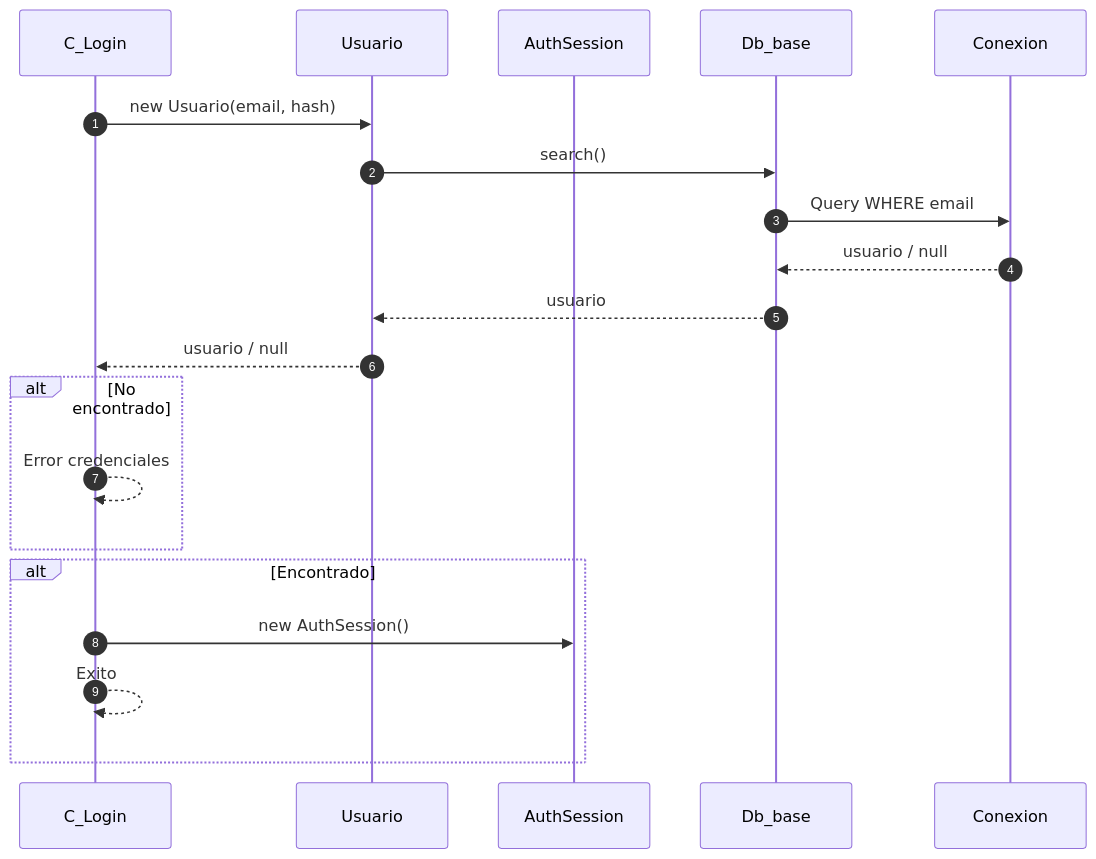
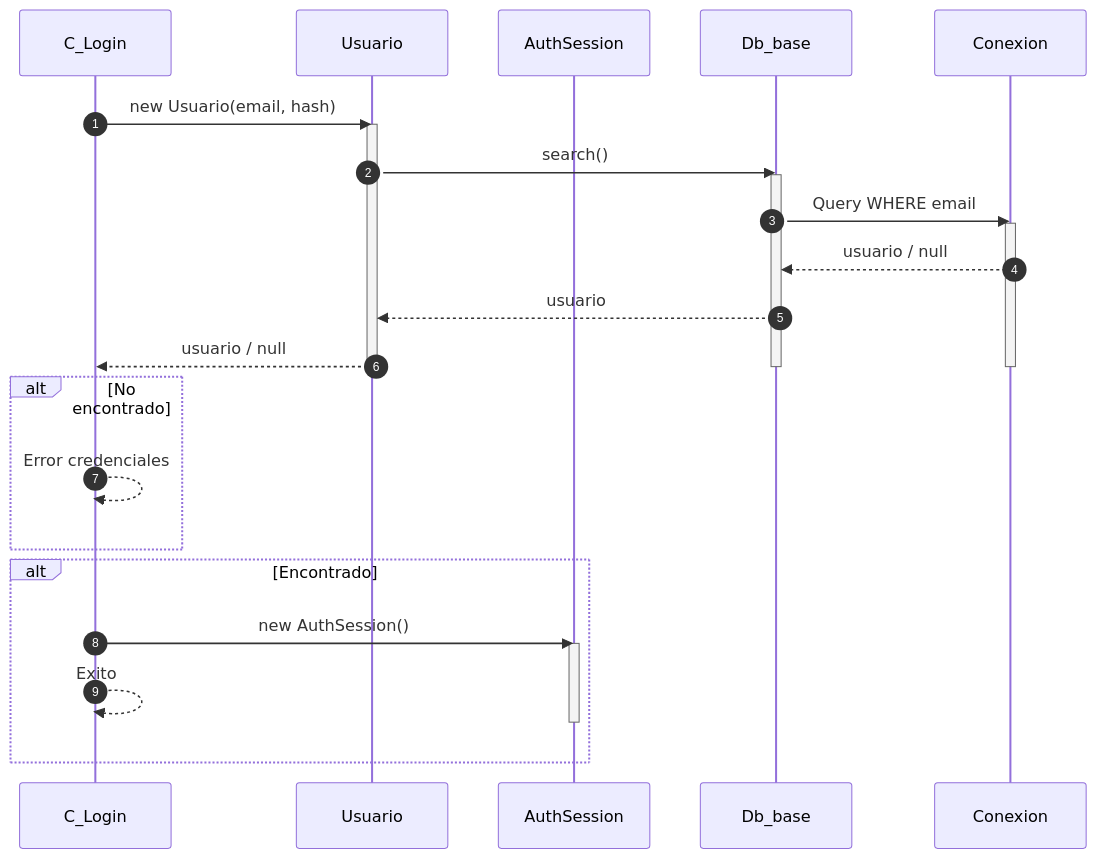
Before and after one commit to Tecrato/BurgerHouse: the fifth of 6 diagrams in docs/secuencia/usuarios/usuarios.md, drawn with Mermaid. The commit also changed other lines of this file and 16 other files, not shown here.

First line of the commit message:
Annotate mermaid sequences & throttle generator

````diff
--- a/docs/secuencia/usuarios/usuarios.md
+++ b/docs/secuencia/usuarios/usuarios.md
@@ -189,25 +280,33 @@
 ```mermaid
 sequenceDiagram
     autonumber
     participant C_Login as C_Login
     participant Usuario as Usuario
     participant AuthSession as AuthSession
     participant Db_base as Db_base
     participant Conexion as Conexion
     
     C_Login->>Usuario: new Usuario(email, hash)
+    activate Usuario
     Usuario->>Db_base: search()
+    activate Db_base
     Db_base->>Conexion: Query WHERE email
+    activate Conexion
     Conexion-->>Db_base: usuario / null
     Db_base-->>Usuario: usuario
     Usuario-->>C_Login: usuario / null
+    deactivate Usuario
+    deactivate Conexion
+    deactivate Db_base
     
     alt No encontrado
         C_Login-->>C_Login: Error credenciales
     end
     
     alt Encontrado
         C_Login->>AuthSession: new AuthSession()
+        activate AuthSession
         C_Login-->>C_Login: Exito
+        deactivate AuthSession
     end
 ```
````
